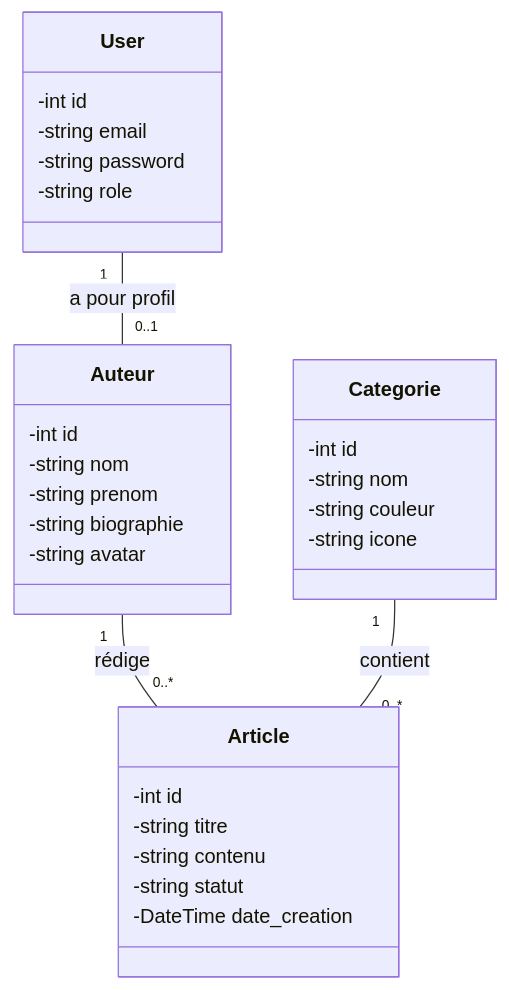
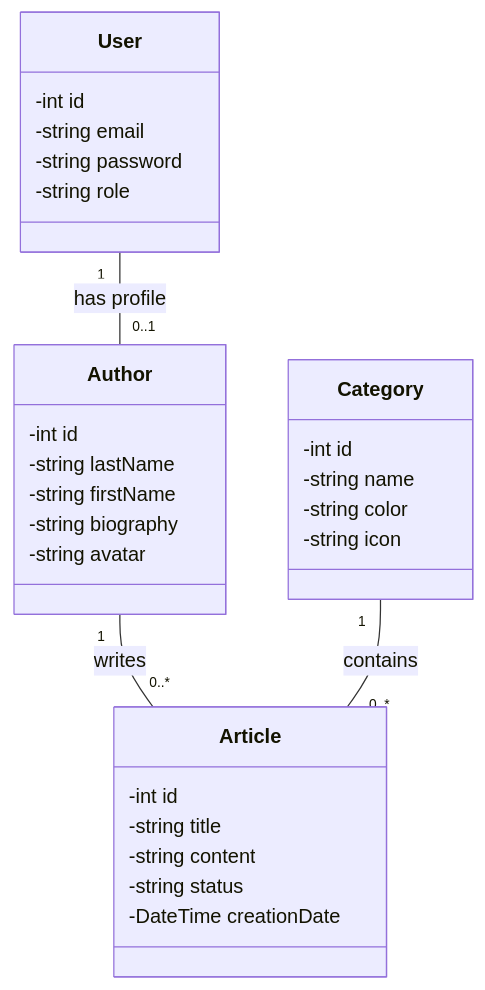
The diagram in Objects/classes.mmd (omarmouttalie5/mobile-tutos), drawn with Mermaid before and after one commit.

Commit message:
Transforming relationships into associations

```diff
--- a/Objects/classes.mmd
+++ b/Objects/classes.mmd
@@ -1,31 +1,31 @@
 classDiagram
-    class Categorie {
+    class Category {
         -int id
-        -string nom
-        -string couleur
-        -string icone
+        -string name
+        -string color
+        -string icon
     }
     class User {
         -int id
         -string email
         -string password
         -string role
     }
-    class Auteur {
+    class Author {
         -int id
-        -string nom
-        -string prenom
-        -string biographie
+        -string lastName
+        -string firstName
+        -string biography
         -string avatar
     }
     class Article {
         -int id
-        -string titre
-        -string contenu
-        -string statut
-        -DateTime date_creation
+        -string title
+        -string content
+        -string status
+        -DateTime creationDate
     }
 
-    User "1" -- "0..1" Auteur : a pour profil
-    Auteur "1" -- "0..*" Article : rédige
-    Categorie "1" -- "0..*" Article : contient
+    User "1" -- "0..1" Author : has profile
+    Author "1" -- "0..*" Article : writes
+    Category "1" -- "0..*" Article : contains
```
